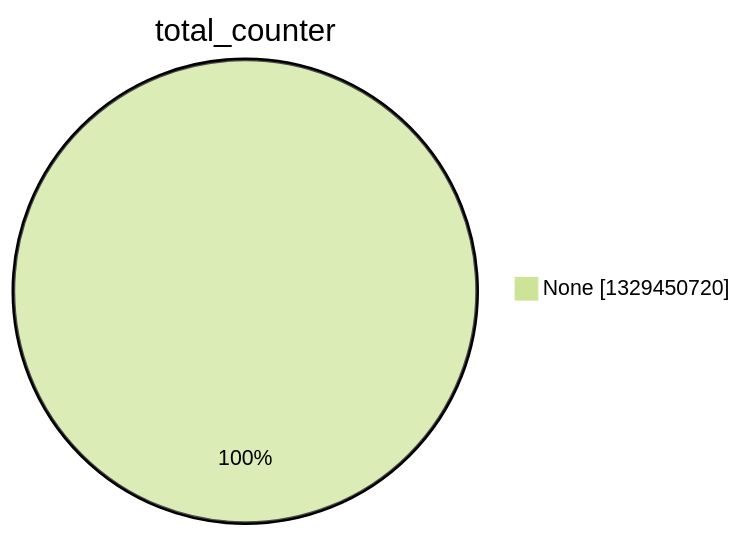
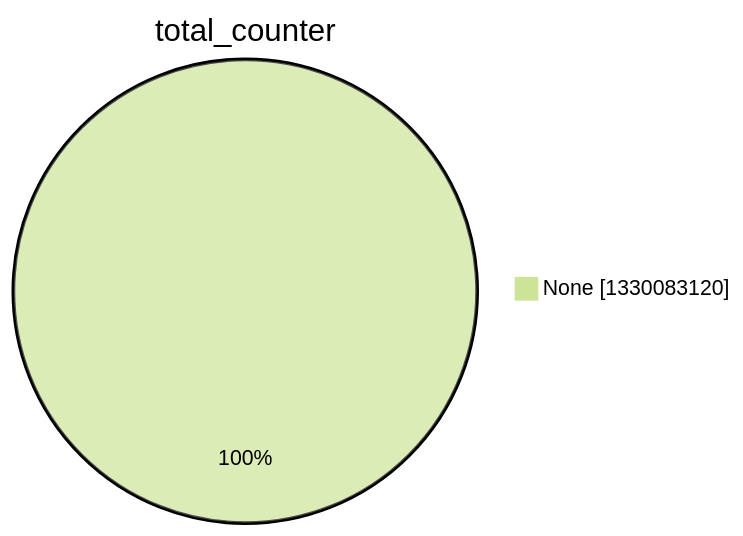
Before and after one commit to christiankrug/ctmonitor_visualization: the second of 15 diagrams in argon2022/README.md, drawn with Mermaid (forest theme). The commit also changed other lines of this file, not shown here.

````diff
--- a/argon2022/README.md
+++ b/argon2022/README.md
@@ -9,5 +9,5 @@
 ```mermaid
 pie showData
 title total_counter
-"None" :1329450720
+"None" :1330083120
 ```
````
